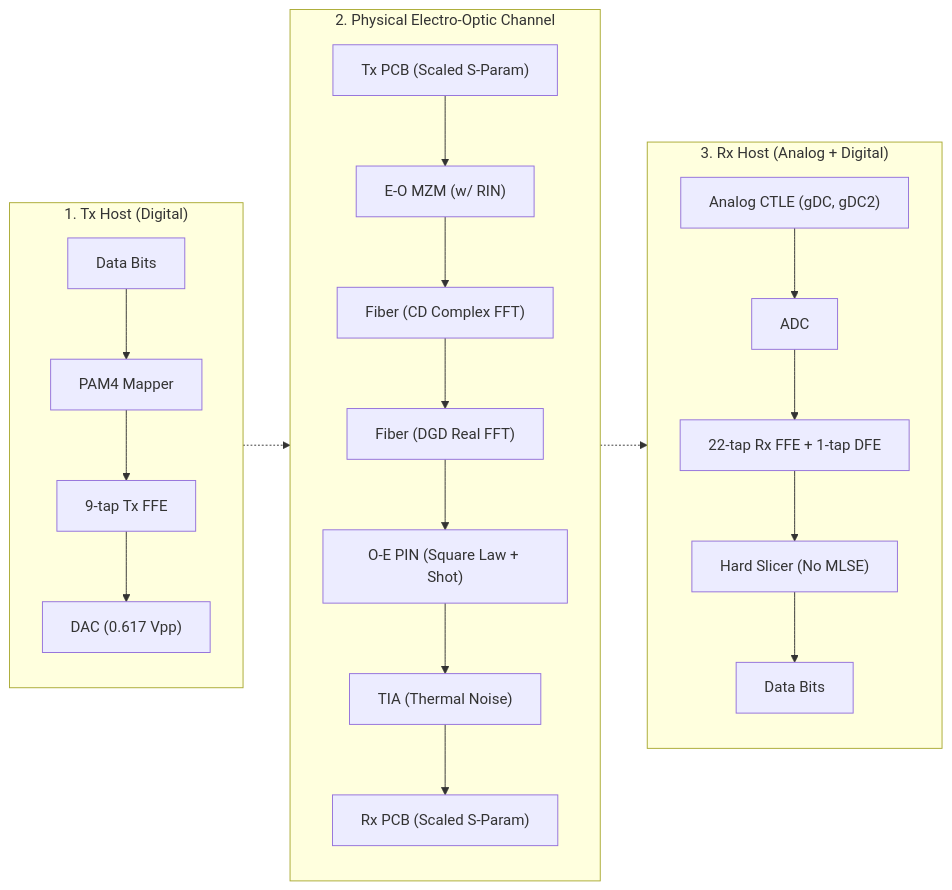
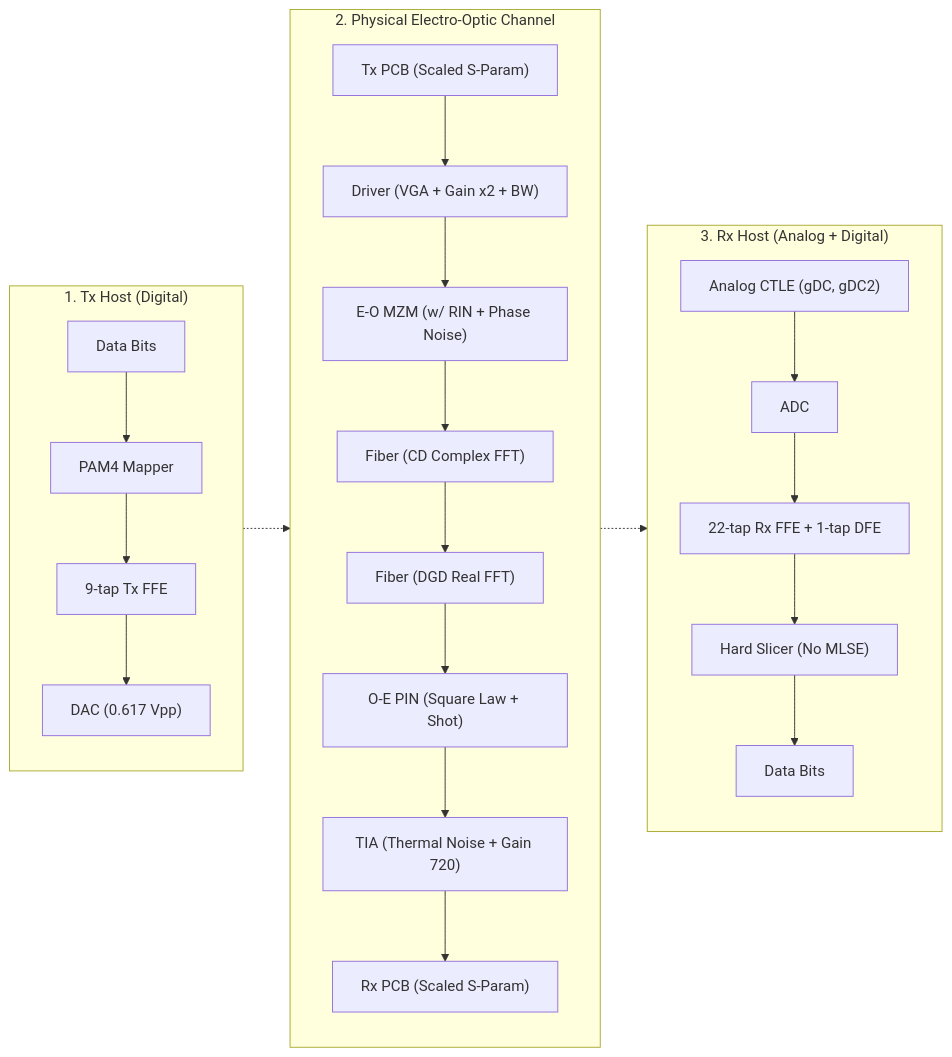
Before and after one commit to ZenHatesCoding/lpo-pam4-sim: the diagram in docs/01_DSP_Architecture.md, drawn with Mermaid. The commit also changed other lines of this file and 23 other files, not shown here.

First line of the commit message:
feat(physical): add explicit driver gain, ENOB, laser phase noise; refresh IL and rerun DDPS pipeline

````diff
--- a/docs/01_DSP_Architecture.md
+++ b/docs/01_DSP_Architecture.md
@@ -32,31 +32,32 @@
 ```mermaid
 %%{init: {'themeVariables': { 'background': 'transparent'}}}%%
 graph LR
     subgraph R1 ["1. Tx Host (Digital)"]
         direction TB
         A[Data Bits] --> B[PAM4 Mapper]
         B --> C["9-tap Tx FFE"]
         C --> D["DAC (0.617 Vpp)"]
     end
 
     subgraph R2 ["2. Physical Electro-Optic Channel"]
         direction TB
-        F["Tx PCB (Scaled S-Param)"] --> G["E-O MZM (w/ RIN)"]
+        F["Tx PCB (Scaled S-Param)"] --> G1["Driver (VGA + Gain x2 + BW)"]
+        G1 --> G["E-O MZM (w/ RIN + Phase Noise)"]
         G --> H["Fiber (CD Complex FFT)"]
         H --> I["Fiber (DGD Real FFT)"]
         I --> J["O-E PIN (Square Law + Shot)"]
-        J --> K["TIA (Thermal Noise)"]
+        J --> K["TIA (Thermal Noise + Gain 720)"]
         K --> L["Rx PCB (Scaled S-Param)"]
     end
 
     subgraph R3 ["3. Rx Host (Analog + Digital)"]
         direction TB
         M["Analog CTLE (gDC, gDC2)"] --> N["ADC"]
         N --> O["22-tap Rx FFE + 1-tap DFE"]
         O --> P["Hard Slicer (No MLSE)"]
         P --> Q[Data Bits]
     end
     
     D -.-> F
     L -.-> M
 ```
````
